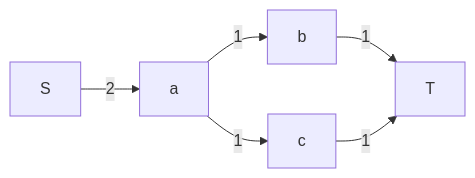
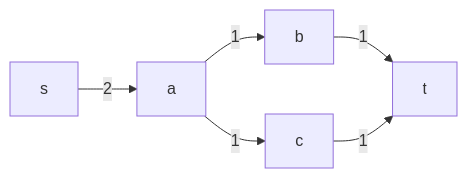
Before and after one commit to fstqwq/AI2615: the third of 3 diagrams in docs/flow/update.md, drawn with Mermaid. The commit also changed other lines of this file and 2 other files, not shown here.

````diff
--- a/docs/flow/update.md
+++ b/docs/flow/update.md
@@ -104,5 +104,5 @@
 ```mermaid
 graph LR
-    S -->|2| a -->|1| b -->|1| T
-    a -->|1| c -->|1| T
+    s -->|2| a -->|1| b -->|1| t
+    a -->|1| c -->|1| t
 ```
````
